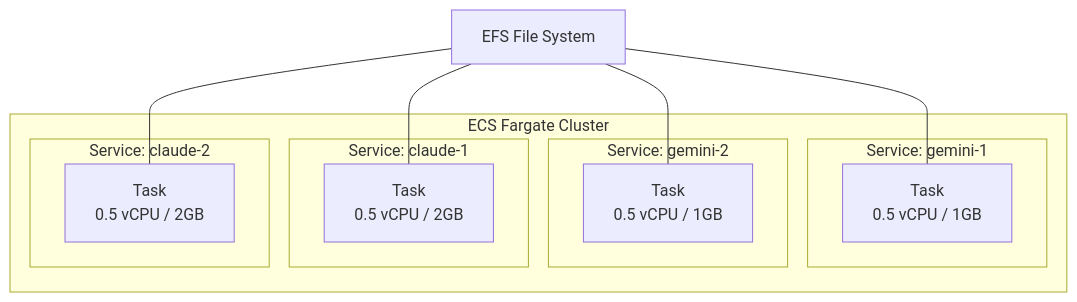
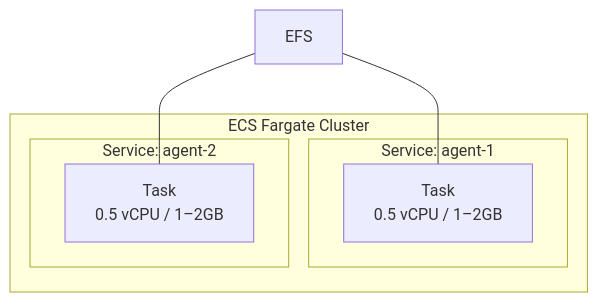
The third of 6 diagrams in openab-ecs-lambda-architecture.md (juntinyeh-worker/agent-outbound), drawn with Mermaid before and after one commit. The commit also changed other lines of this file, not shown here.

First line of the commit message:
task: simplify ECS+Lambda architecture to 2 agents

````diff
--- a/openab-ecs-lambda-architecture.md
+++ b/openab-ecs-lambda-architecture.md
@@ -135,19 +116,12 @@
 ```mermaid
 graph TB
     subgraph ECS["ECS Fargate Cluster"]
-        subgraph SVC_G1["Service: gemini-1"]
-            TASK_G1["Task<br/>0.5 vCPU / 1GB"]
+        subgraph SVC1["Service: agent-1"]
+            TASK1["Task<br/>0.5 vCPU / 1–2GB"]
         end
-        subgraph SVC_G2["Service: gemini-2"]
-            TASK_G2["Task<br/>0.5 vCPU / 1GB"]
-        end
-        subgraph SVC_C1["Service: claude-1"]
-            TASK_C1["Task<br/>0.5 vCPU / 2GB"]
-        end
-        subgraph SVC_C2["Service: claude-2"]
-            TASK_C2["Task<br/>0.5 vCPU / 2GB"]
+        subgraph SVC2["Service: agent-2"]
+            TASK2["Task<br/>0.5 vCPU / 1–2GB"]
         end
     end
-
-    EFS["EFS File System"] --- TASK_G1 & TASK_G2 & TASK_C1 & TASK_C2
+    EFS["EFS"] --- TASK1 & TASK2
 ```
````
